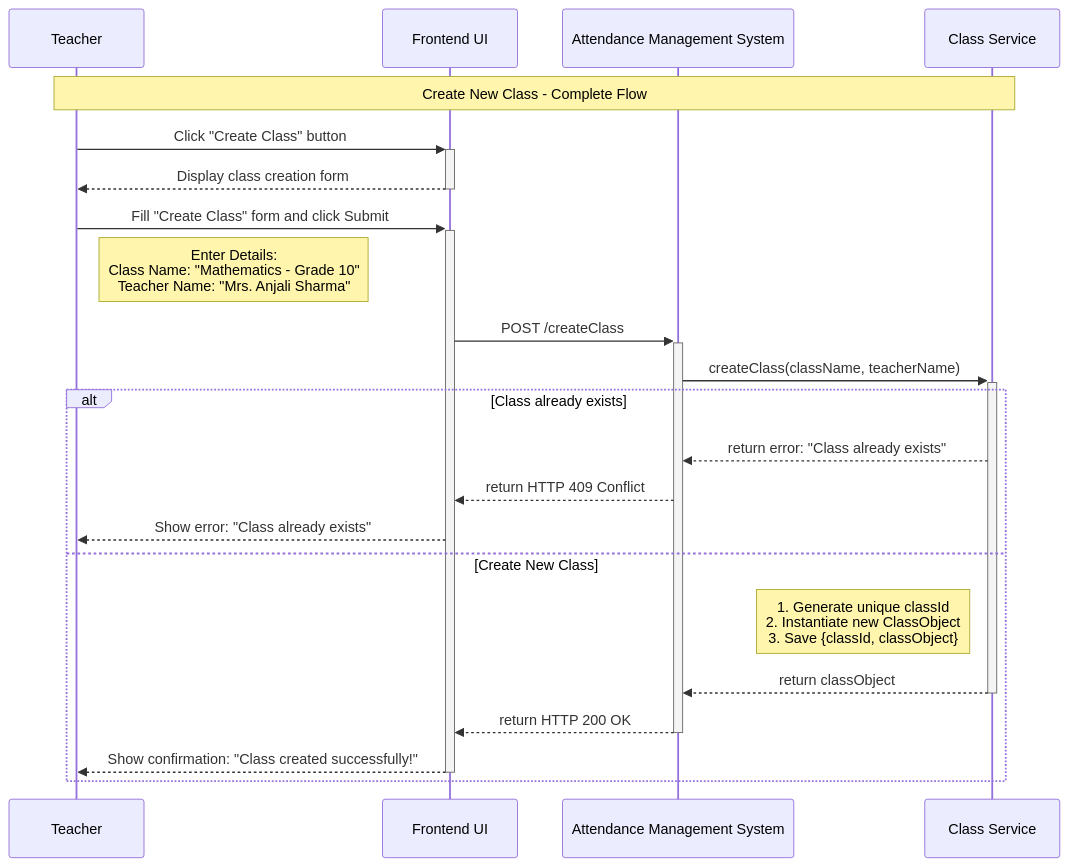
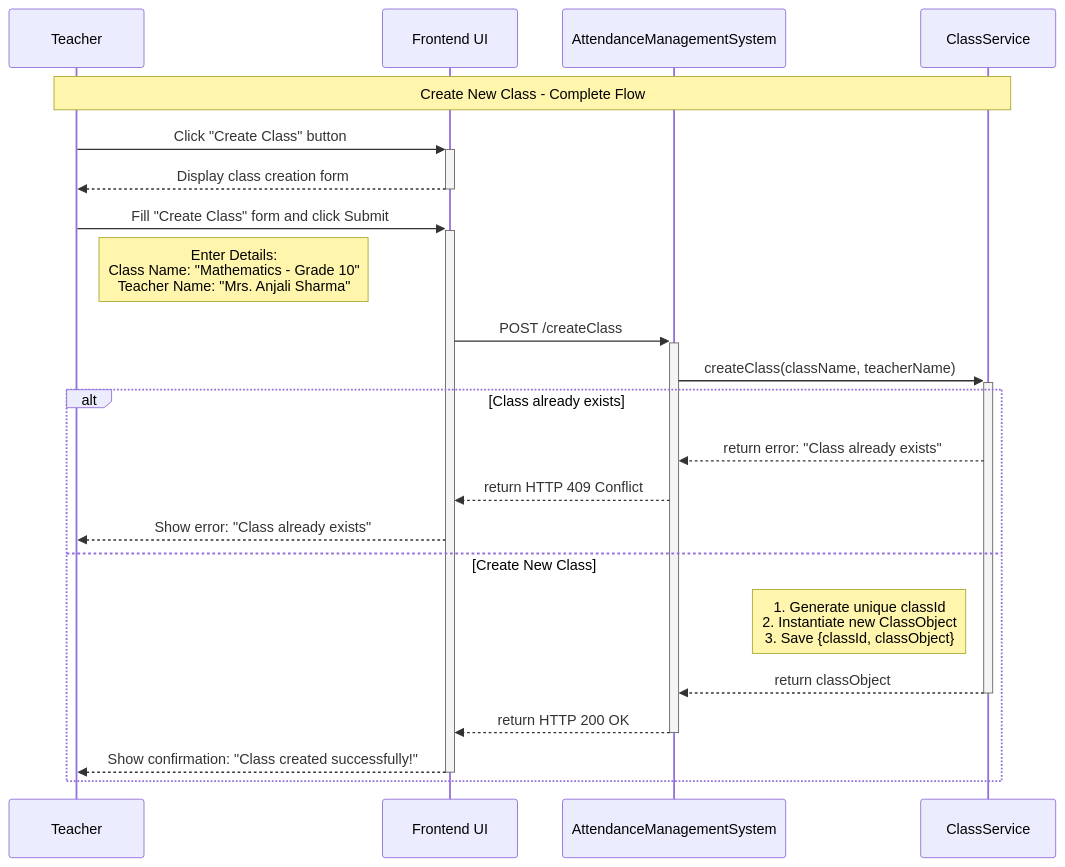
Before and after one commit to NishchayAnand/software-engineering: the first of 4 diagrams in Backend Engineering/Case Studies/Case Study 1. Attendance Management System/Documentation/2. Sequence Flow.md, drawn with Mermaid. The commit also changed other lines of this file and 6 other files, not shown here.

````diff
--- a/Backend Engineering/Case Studies/Case Study 1. Attendance Management System/Documentation/2. Sequence Flow.md
+++ b/Backend Engineering/Case Studies/Case Study 1. Attendance Management System/Documentation/2. Sequence Flow.md
@@ -30,30 +30,30 @@
 ```mermaid
 sequenceDiagram
 	participant T as Teacher
 	participant UI as Frontend UI
-	participant AMS as Attendance Management System
-	participant CS as Class Service
+	participant AMS as AttendanceManagementSystem
+	participant CS as ClassService
 
 	Note over T,CS: Create New Class - Complete Flow
 
 	%% Interaction 1: Click the "Create Class" Button
 	T->>+UI: Click "Create Class" button
 	UI-->>-T: Display class creation form
 
 	%% Interaction 2: Submit the "Create Class" Form
 	T->>+UI: Fill "Create Class" form and click Submit
 	Note right of T: Enter Details: <br/> Class Name: "Mathematics - Grade 10" <br/> Teacher Name: "Mrs. Anjali Sharma"
 	UI->>+AMS: POST /createClass
 	AMS->>+CS: createClass(className, teacherName)
 
 	alt Class already exists
 		CS-->>AMS: return error: "Class already exists"
 		AMS-->>UI: return HTTP 409 Conflict
 		UI-->>T: Show error: "Class already exists"
 	else Create New Class
 		Note left of CS: 1. Generate unique classId <br/> 2. Instantiate new ClassObject <br/> 3. Save {classId, classObject}
 		CS-->>-AMS: return classObject
 		AMS-->>-UI: return HTTP 200 OK
 		UI-->>-T: Show confirmation: "Class created successfully!"
 	end
 ```
````
